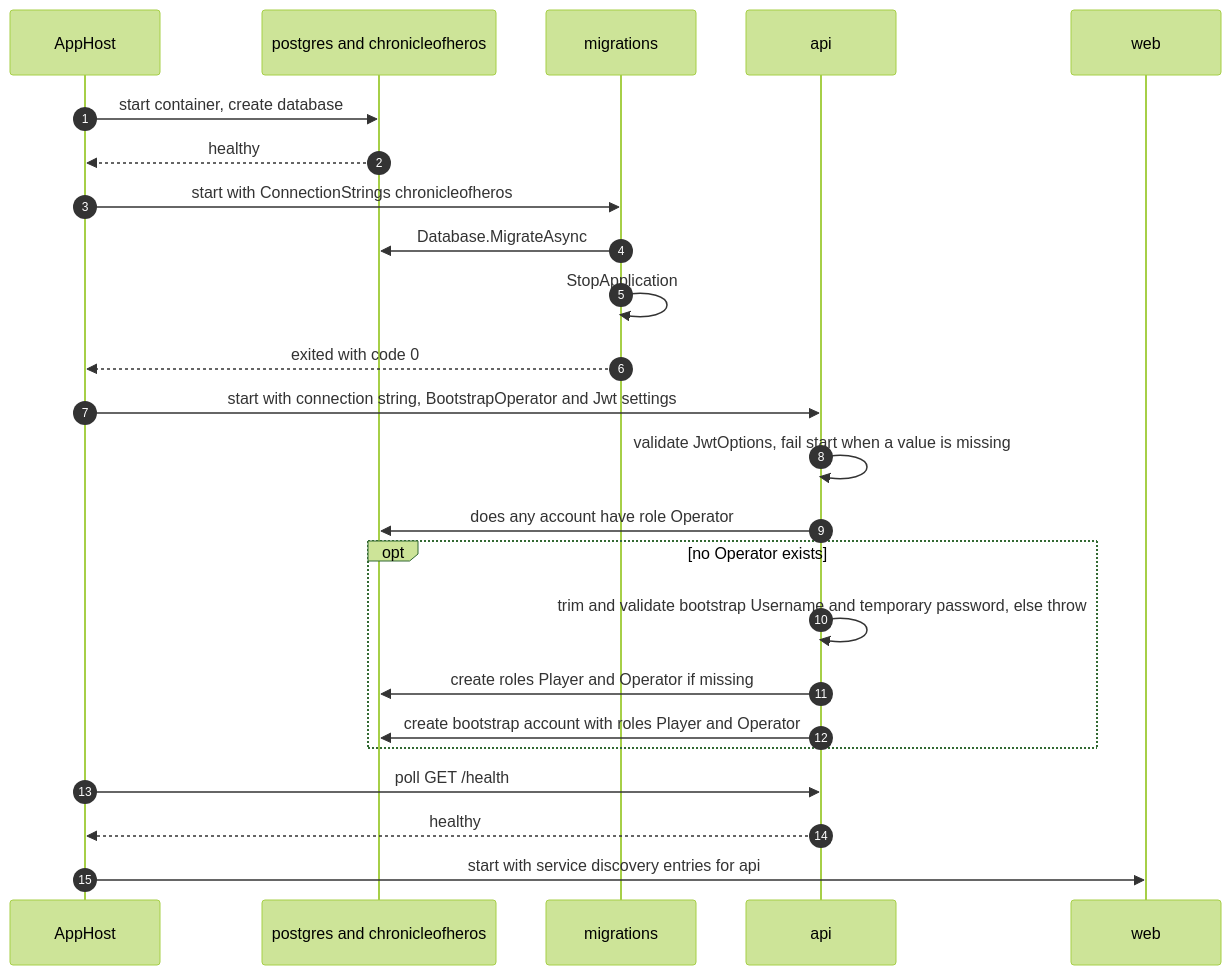
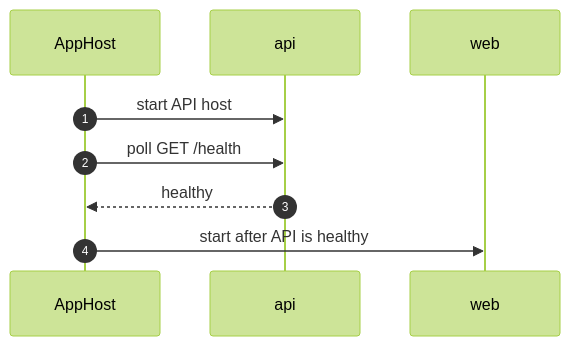
Before and after one commit to FlorianAlbert/ChronicleOfHeros: the diagram in docs/architecture/flows/startup.md, drawn with Mermaid (forest theme). The commit also changed other lines of this file and 84 other files, not shown here.

````diff
--- a/docs/architecture/flows/startup.md
+++ b/docs/architecture/flows/startup.md
@@ -7,26 +7,11 @@
 ```mermaid
 sequenceDiagram
     autonumber
     participant AppHost
-    participant Postgres as postgres and chronicleofheros
-    participant Migrations as migrations
     participant Api as api
     participant Web as web
-    AppHost->>Postgres: start container, create database
-    Postgres-->>AppHost: healthy
-    AppHost->>Migrations: start with ConnectionStrings chronicleofheros
-    Migrations->>Postgres: Database.MigrateAsync
-    Migrations->>Migrations: StopApplication
-    Migrations-->>AppHost: exited with code 0
-    AppHost->>Api: start with connection string, BootstrapOperator and Jwt settings
-    Api->>Api: validate JwtOptions, fail start when a value is missing
-    Api->>Postgres: does any account have role Operator
-    opt no Operator exists
-        Api->>Api: trim and validate bootstrap Username and temporary password, else throw
-        Api->>Postgres: create roles Player and Operator if missing
-        Api->>Postgres: create bootstrap account with roles Player and Operator
-    end
+    AppHost->>Api: start API host
     AppHost->>Api: poll GET /health
     Api-->>AppHost: healthy
-    AppHost->>Web: start with service discovery entries for api
+    AppHost->>Web: start after API is healthy
 ```
````
